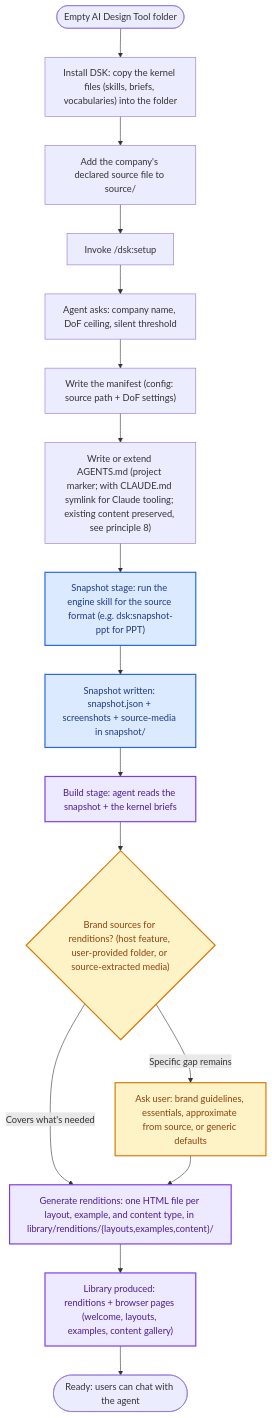
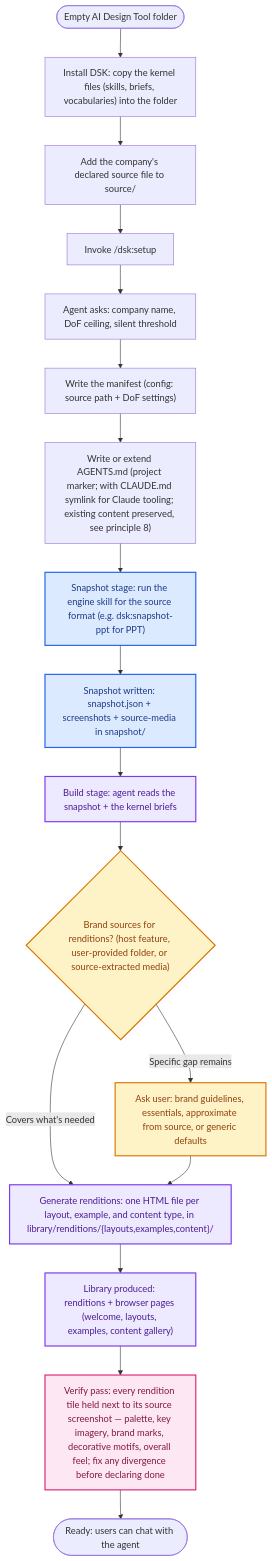
One commit to dawid-dahl-umain/design-system-kernel changed the second of 5 diagrams in dsk/skills/context/lifecycles.md. Above: the diagram before and after it, drawn with Mermaid. The commit also changed other lines of this file and 3 other files, not shown here.

````diff
--- a/dsk/skills/context/lifecycles.md
+++ b/dsk/skills/context/lifecycles.md
@@ -56,25 +58,28 @@
 ```mermaid
 flowchart TD
     Start([Empty AI Design Tool folder]) --> InstallKernel["Install DSK: copy the kernel files (skills, briefs, vocabularies) into the folder"]
     InstallKernel --> AddSource["Add the company's declared source file to source/"]
     AddSource --> RunSetup["Invoke /dsk:setup"]
     RunSetup --> AskConfig["Agent asks: company name, DoF ceiling, silent threshold"]
     AskConfig --> WriteManifest["Write the manifest (config: source path + DoF settings)"]
     WriteManifest --> WriteAgentsMd["Write or extend AGENTS.md (project marker; with CLAUDE.md symlink for Claude tooling; existing content preserved, see principle 8)"]
     WriteAgentsMd --> RunSnapshot["Snapshot stage: run the engine skill for the source format (e.g. dsk:snapshot-ppt for PPT)"]
     RunSnapshot --> SnapshotWritten["Snapshot written: snapshot.json + screenshots + source-media in snapshot/"]
     SnapshotWritten --> Build["Build stage: agent reads the snapshot + the kernel briefs"]
     Build --> CheckDS{"Brand sources for renditions? (host feature, user-provided folder, or source-extracted media)"}
     CheckDS -->|Covers what's needed| Renditions["Generate renditions: one HTML file per layout, example, and content type, in library/renditions/{layouts,examples,content}/"]
     CheckDS -->|Specific gap remains| AskUser["Ask user: brand guidelines, essentials, approximate from source, or generic defaults"]
     AskUser --> Renditions
     Renditions --> LibraryProduced["Library produced: renditions + browser pages (welcome, layouts, examples, content gallery)"]
-    LibraryProduced --> Ready([Ready: users can chat with the agent])
+    LibraryProduced --> Verify["Verify pass: every rendition tile held next to its source screenshot — palette, key imagery, brand marks, decorative motifs, overall feel; fix any divergence before declaring done"]
+    Verify --> Ready([Ready: users can chat with the agent])
 
     classDef snapshotStage fill:#dbeafe,stroke:#2563eb,stroke-width:2px,color:#1e3a8a
     classDef buildStage    fill:#ede9fe,stroke:#7c3aed,stroke-width:2px,color:#4c1d95
+    classDef verifyStage   fill:#fce7f3,stroke:#db2777,stroke-width:2px,color:#831843
     classDef clarify       fill:#fef3c7,stroke:#d97706,stroke-width:2px,color:#92400e
     class RunSnapshot,SnapshotWritten snapshotStage
     class Build,Renditions,LibraryProduced buildStage
+    class Verify verifyStage
     class CheckDS,AskUser clarify
 ```
````
